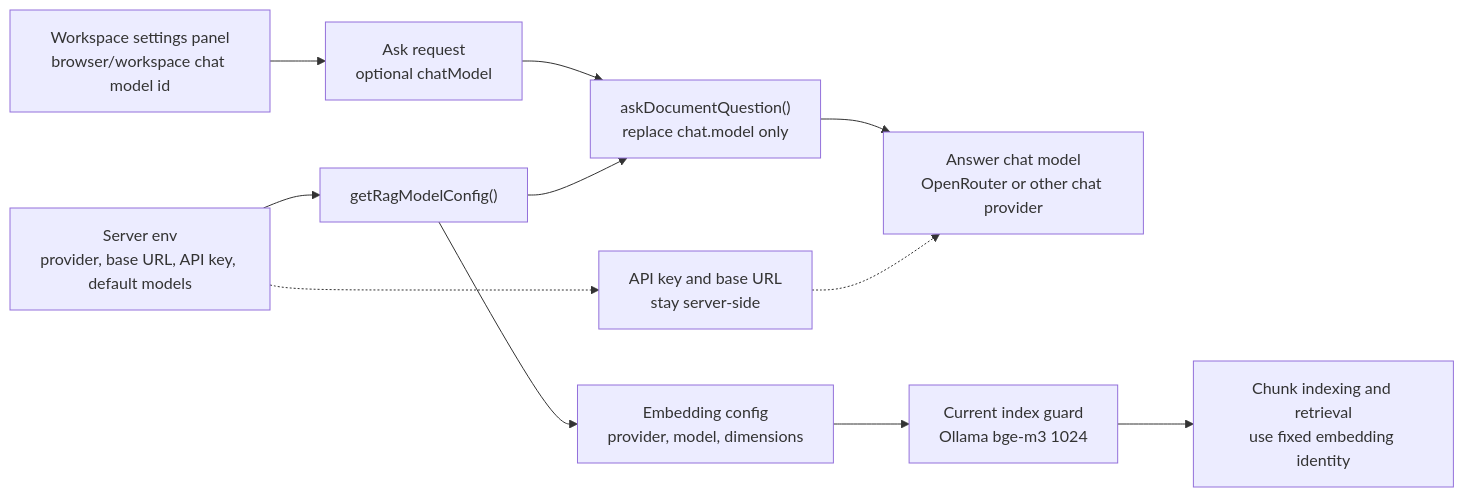
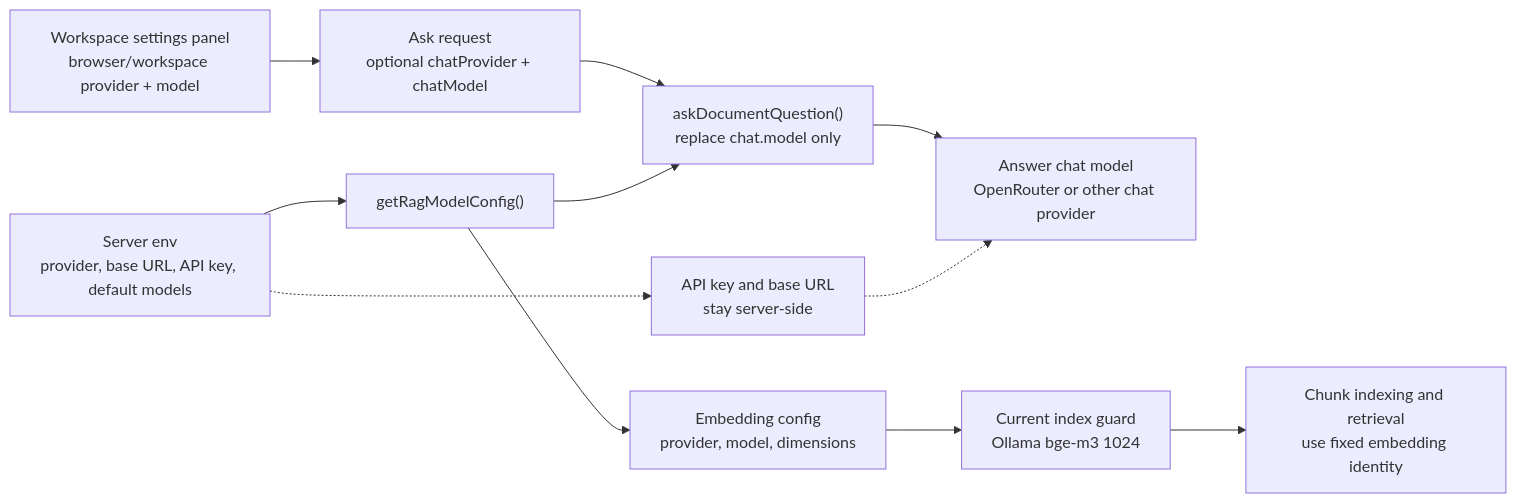
One commit to dschoi30/munjib changed the second of 2 diagrams in wiki/RAG Process Workflow.md. Above: the diagram before and after it, drawn with Mermaid. The commit also changed other lines of this file and 24 other files, not shown here.

Commit message:
feat: add AI provider model settings

````diff
--- a/wiki/RAG Process Workflow.md
+++ b/wiki/RAG Process Workflow.md
@@ -145,13 +145,13 @@
 ```mermaid
 flowchart LR
     ServerEnv["Server env<br/>provider, base URL, API key, default models"] --> Config["getRagModelConfig()"]
-    Settings["Workspace settings panel<br/>browser/workspace chat model id"] --> Request["Ask request<br/>optional chatModel"]
+    Settings["Workspace settings panel<br/>browser/workspace provider + model"] --> Request["Ask request<br/>optional chatProvider + chatModel"]
     Request --> Override["askDocumentQuestion()<br/>replace chat.model only"]
     Config --> Override
     Override --> Chat["Answer chat model<br/>OpenRouter or other chat provider"]
     Config --> Embedding["Embedding config<br/>provider, model, dimensions"]
     Embedding --> Guard["Current index guard<br/>Ollama bge-m3 1024"]
     Guard --> Retrieval["Chunk indexing and retrieval<br/>use fixed embedding identity"]
     ServerEnv -.-> ServerOnly["API key and base URL<br/>stay server-side"]
     ServerOnly -.-> Chat
 ```
````
